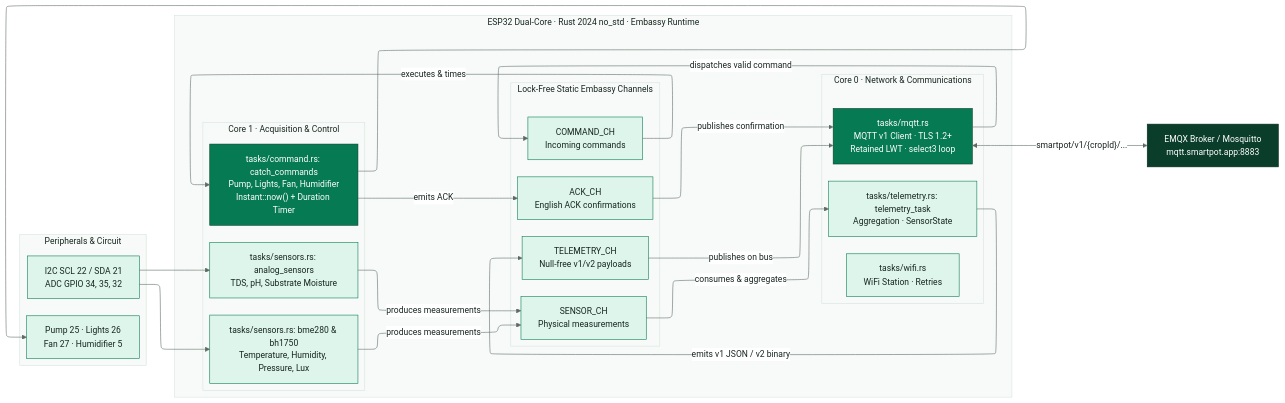
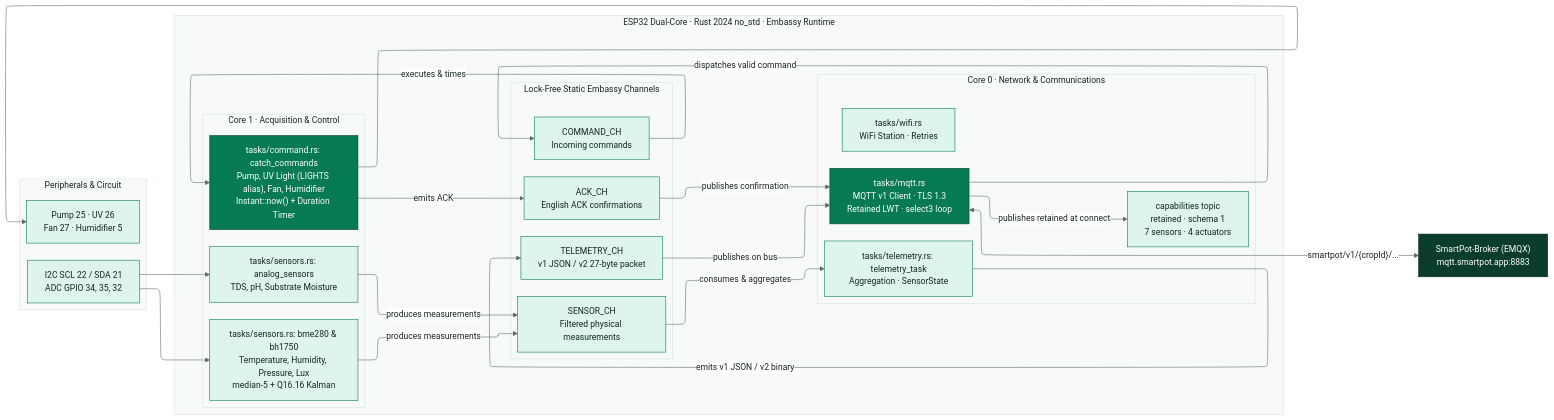
One commit to SmartPotTech/SmartPot-IoT changed the diagram in docs/SmartPot_IoT_Rust_Documentation.md. Above: the diagram before and after it, drawn with Mermaid. The commit also changed other lines of this file and 2 other files, not shown here.

Commit message:
Document firmware TLS, filtering, and capabilities [skip deploy]

````diff
--- a/docs/SmartPot_IoT_Rust_Documentation.md
+++ b/docs/SmartPot_IoT_Rust_Documentation.md
@@ -49,60 +49,62 @@
 ```mermaid
 %%{init: {"theme": "base", "fontFamily": "Segoe UI, Arial, sans-serif", "themeVariables": {"fontFamily": "Segoe UI, Arial, sans-serif", "fontSize": "15px", "primaryColor": "#DDF5EA", "primaryTextColor": "#17261F", "primaryBorderColor": "#067A52", "secondaryColor": "#E3F2FB", "secondaryTextColor": "#17261F", "secondaryBorderColor": "#1F6FA0", "tertiaryColor": "#F2F7F4", "tertiaryTextColor": "#17261F", "tertiaryBorderColor": "#D5E3DC", "lineColor": "#5B6B63", "textColor": "#17261F", "mainBkg": "#DDF5EA", "nodeBorder": "#067A52", "clusterBkg": "#F7FAF8", "clusterBorder": "#D5E3DC", "edgeLabelBackground": "#FFFFFF", "actorBkg": "#067A52", "actorBorder": "#0B3D2B", "actorTextColor": "#FFFFFF", "actorLineColor": "#5B6B63", "signalColor": "#17261F", "signalTextColor": "#17261F", "labelBoxBkgColor": "#0B3D2B", "labelBoxBorderColor": "#0B3D2B", "labelTextColor": "#FFFFFF", "loopTextColor": "#0B3D2B", "noteBkgColor": "#FDF4DD", "noteBorderColor": "#C98D12", "noteTextColor": "#17261F", "activationBkgColor": "#DDF5EA", "activationBorderColor": "#067A52", "attributeBackgroundColorOdd": "#FFFFFF", "attributeBackgroundColorEven": "#F2F7F4"}, "layout": "elk", "elk": {"nodePlacementStrategy": "BRANDES_KOEPF", "mergeEdges": false, "cycleBreakingStrategy": "GREEDY"}}}%%
 flowchart LR
   subgraph esp["ESP32 Dual-Core · Rust 2024 no_std · Embassy Runtime"]
     direction TB
     subgraph core0["Core 0 · Network & Communications"]
       direction TB
       wifi["tasks/wifi.rs<br/>WiFi Station · Retries"]
-      mqtt["tasks/mqtt.rs<br/>MQTT v1 Client · TLS 1.2+<br/>Retained LWT · select3 loop"]
+      mqtt["tasks/mqtt.rs<br/>MQTT v1 Client · TLS 1.3<br/>Retained LWT · select3 loop"]
       telem["tasks/telemetry.rs: telemetry_task<br/>Aggregation · SensorState"]
+      caps["capabilities topic<br/>retained · schema 1<br/>7 sensors · 4 actuators"]
     end
 
     subgraph core1["Core 1 · Acquisition & Control"]
       direction TB
-      i2c["tasks/sensors.rs: bme280 & bh1750<br/>Temperature, Humidity, Pressure, Lux"]
+      i2c["tasks/sensors.rs: bme280 & bh1750<br/>Temperature, Humidity, Pressure, Lux<br/>median-5 + Q16.16 Kalman"]
       adc["tasks/sensors.rs: analog_sensors<br/>TDS, pH, Substrate Moisture"]
-      act["tasks/command.rs: catch_commands<br/>Pump, Lights, Fan, Humidifier<br/>Instant::now() + Duration Timer"]
+      act["tasks/command.rs: catch_commands<br/>Pump, UV Light (LIGHTS alias), Fan, Humidifier<br/>Instant::now() + Duration Timer"]
     end
 
     subgraph channels["Lock-Free Static Embassy Channels"]
       direction TB
-      sch["SENSOR_CH<br/>Physical measurements"]
+      sch["SENSOR_CH<br/>Filtered physical measurements"]
       cch["COMMAND_CH<br/>Incoming commands"]
       ach["ACK_CH<br/>English ACK confirmations"]
-      tch["TELEMETRY_CH<br/>Null-free v1/v2 payloads"]
+      tch["TELEMETRY_CH<br/>v1 JSON / v2 27-byte packet"]
     end
   end
 
   subgraph hw["Peripherals & Circuit"]
     direction TB
     sens["I2C SCL 22 / SDA 21<br/>ADC GPIO 34, 35, 32"]
-    outs["Pump 25 · Lights 26<br/>Fan 27 · Humidifier 5"]
+    outs["Pump 25 · UV 26<br/>Fan 27 · Humidifier 5"]
   end
 
-  broker["EMQX Broker / Mosquitto<br/>mqtt.smartpot.app:8883"]
+  broker["SmartPot-Broker (EMQX)<br/>mqtt.smartpot.app:8883"]
 
   sens --> i2c & adc
   act --> outs
 
   i2c & adc -->|"produces measurements"| sch
   sch -->|"consumes & aggregates"| telem
   telem -->|"emits v1 JSON / v2 binary"| tch
   tch -->|"publishes on bus"| mqtt
+  mqtt -->|"publishes retained at connect"| caps
 
   mqtt <-->|"smartpot/v1/{cropId}/..."| broker
   mqtt -->|"dispatches valid command"| cch
   cch -->|"executes & times"| act
   act -->|"emits ACK"| ach
   ach -->|"publishes confirmation"| mqtt
 
   classDef leaf fill:#DDF5EA,stroke:#067A52,color:#17261F
   classDef water fill:#E3F2FB,stroke:#1F6FA0,color:#17261F
   classDef sun fill:#FDF4DD,stroke:#C98D12,color:#17261F
   classDef clay fill:#FBE9E1,stroke:#B85A38,color:#17261F
   classDef core fill:#067A52,stroke:#0B3D2B,color:#FFFFFF
   classDef deep fill:#0B3D2B,stroke:#06281C,color:#FFFFFF
   classDef muted fill:#F2F7F4,stroke:#5B6B63,color:#17261F
   class mqtt,act core
   class broker deep
 ```
````
